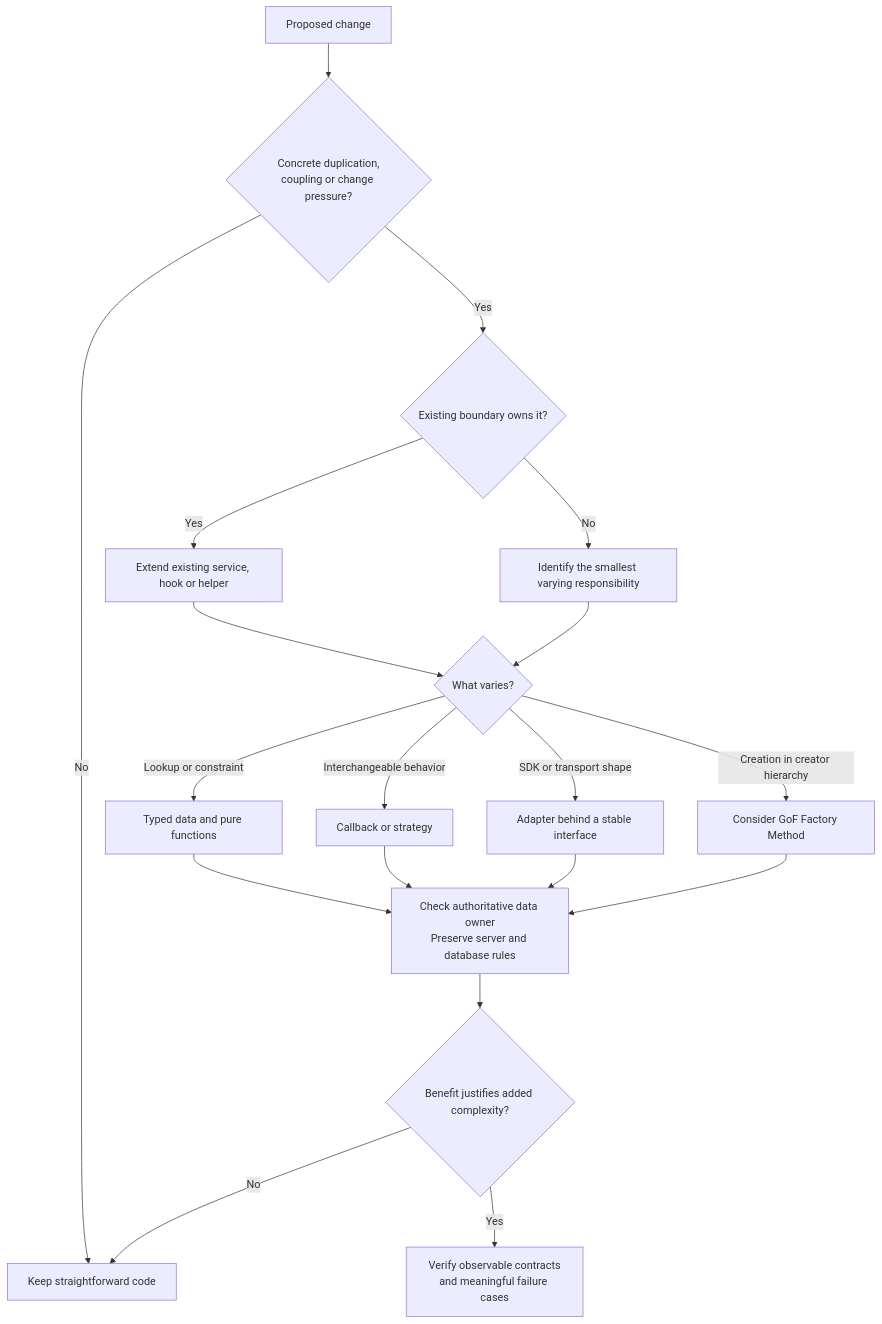
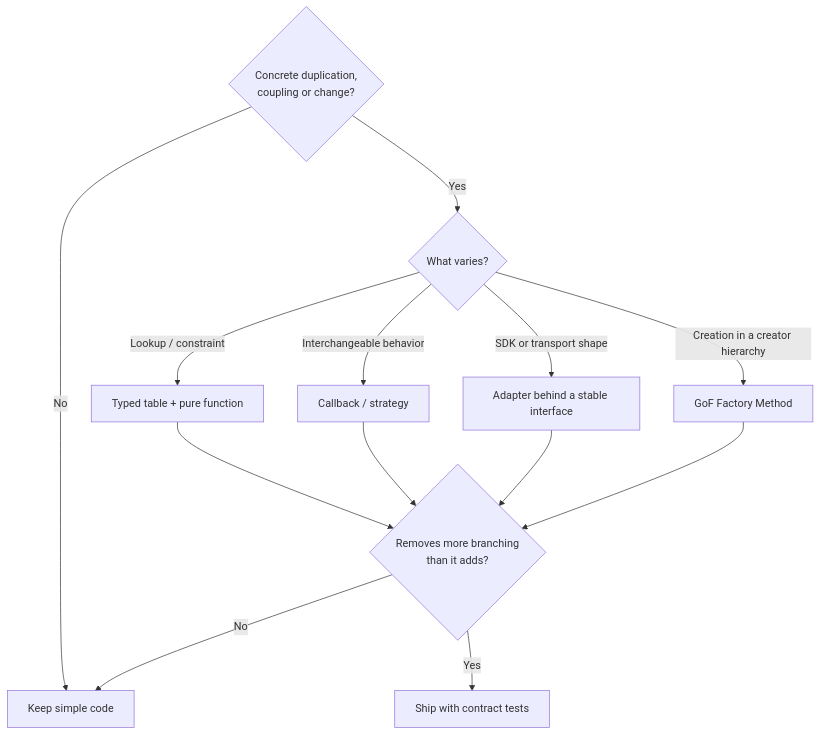
The second of 2 diagrams in docs/architecture/design-pattern-filters.md (safetrustcr/dApp-SafeTrust), drawn with Mermaid before and after one commit. The commit also changed other lines of this file, not shown here.

````diff
--- a/docs/architecture/design-pattern-filters.md
+++ b/docs/architecture/design-pattern-filters.md
@@ -178,21 +38,12 @@
 ```mermaid
 flowchart TD
-    Change["Proposed change"] --> Problem{"Concrete duplication,<br/>coupling or change pressure?"}
-    Problem -->|No| Simple["Keep straightforward code"]
-    Problem -->|Yes| Boundary{"Existing boundary owns it?"}
-    Boundary -->|Yes| Extend["Extend existing service, hook or helper"]
-    Boundary -->|No| Isolate["Identify the smallest varying responsibility"]
-    Extend --> Variation{"What varies?"}
-    Isolate --> Variation
-    Variation -->|Lookup or constraint| Table["Typed data and pure functions"]
-    Variation -->|Interchangeable behavior| Strategy["Callback or strategy"]
-    Variation -->|SDK or transport shape| Adapter["Adapter behind a stable interface"]
-    Variation -->|Creation in creator hierarchy| Factory["Consider GoF Factory Method"]
-    Table --> Ownership["Check authoritative data owner<br/>Preserve server and database rules"]
-    Strategy --> Ownership
-    Adapter --> Ownership
-    Factory --> Ownership
-    Ownership --> Cost{"Benefit justifies added complexity?"}
-    Cost -->|No| Simple
-    Cost -->|Yes| Verify["Verify observable contracts<br/>and meaningful failure cases"]
+  P{"Concrete duplication,<br/>coupling or change?"} -->|No| K["Keep simple code"]
+  P -->|Yes| V{"What varies?"}
+  V -->|Lookup / constraint| T["Typed table + pure function"]
+  V -->|Interchangeable behavior| S["Callback / strategy"]
+  V -->|SDK or transport shape| A["Adapter behind a stable interface"]
+  V -->|Creation in a creator hierarchy| F["GoF Factory Method"]
+  T & S & A & F --> C{"Removes more branching<br/>than it adds?"}
+  C -->|No| K
+  C -->|Yes| X["Ship with contract tests"]
 ```
````
